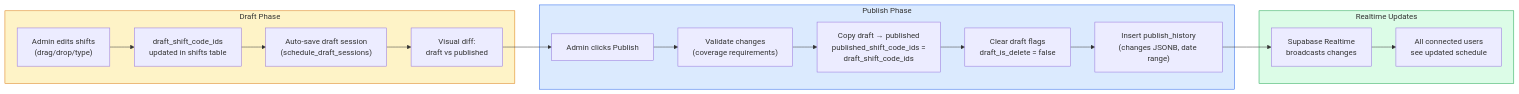
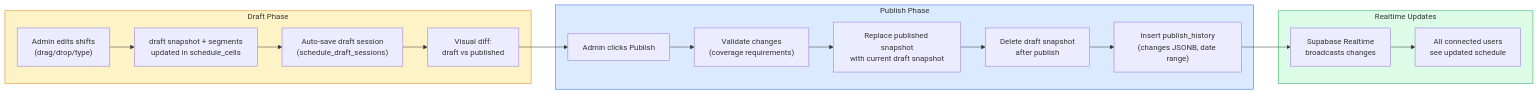
Before and after one commit to nickosmas/dub-grid: the seventh of 10 diagrams in SYSTEM_FLOWCHARTS.md, drawn with Mermaid. The commit also changed other lines of this file and 12 other files, not shown here.

````diff
--- a/SYSTEM_FLOWCHARTS.md
+++ b/SYSTEM_FLOWCHARTS.md
@@ -695,37 +685,37 @@
 ```mermaid
 flowchart LR
     subgraph Draft["Draft Phase"]
         EDIT["Admin edits shifts<br/>(drag/drop/type)"]
-        DRAFTCODES["draft_shift_code_ids<br/>updated in shifts table"]
+        DRAFTCODES["draft snapshot + segments<br/>updated in schedule_cells"]
         SAVE["Auto-save draft session<br/>(schedule_draft_sessions)"]
         PREVIEW["Visual diff:<br/>draft vs published"]
     end
 
     subgraph Publish["Publish Phase"]
         PUB["Admin clicks Publish"]
         VALIDATE["Validate changes<br/>(coverage requirements)"]
-        COPY["Copy draft → published<br/>published_shift_code_ids =<br/>draft_shift_code_ids"]
-        CLEAR["Clear draft flags<br/>draft_is_delete = false"]
+        COPY["Replace published snapshot<br/>with current draft snapshot"]
+        CLEAR["Delete draft snapshot<br/>after publish"]
         LOG["Insert publish_history<br/>(changes JSONB, date range)"]
     end
 
     subgraph Realtime["Realtime Updates"]
         RT["Supabase Realtime<br/>broadcasts changes"]
         USERS["All connected users<br/>see updated schedule"]
     end
 
     EDIT --> DRAFTCODES
     DRAFTCODES --> SAVE
     SAVE --> PREVIEW
     PREVIEW --> PUB
     PUB --> VALIDATE
     VALIDATE --> COPY
     COPY --> CLEAR
     CLEAR --> LOG
     LOG --> RT
     RT --> USERS
 
     style Draft fill:#fef3c7,stroke:#d97706
     style Publish fill:#dbeafe,stroke:#2563eb
     style Realtime fill:#dcfce7,stroke:#16a34a
 ```
````
